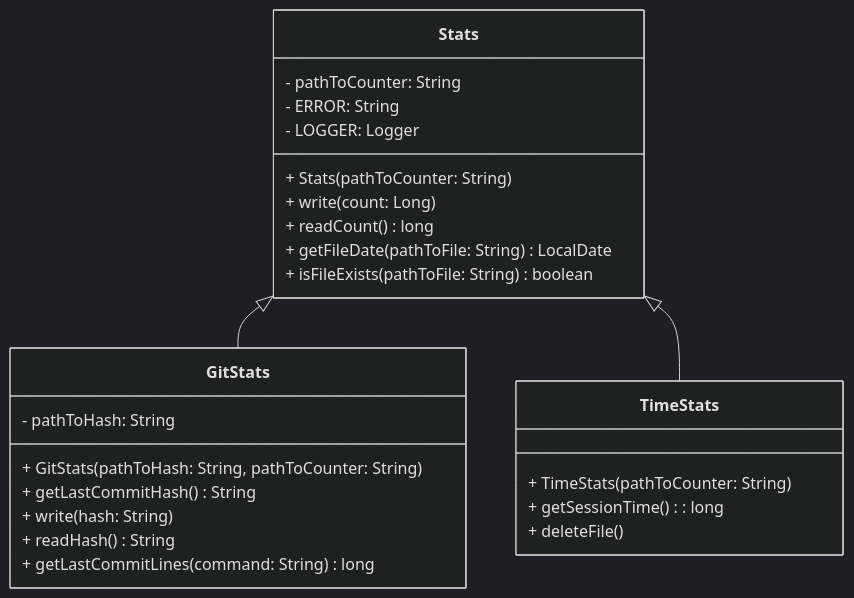
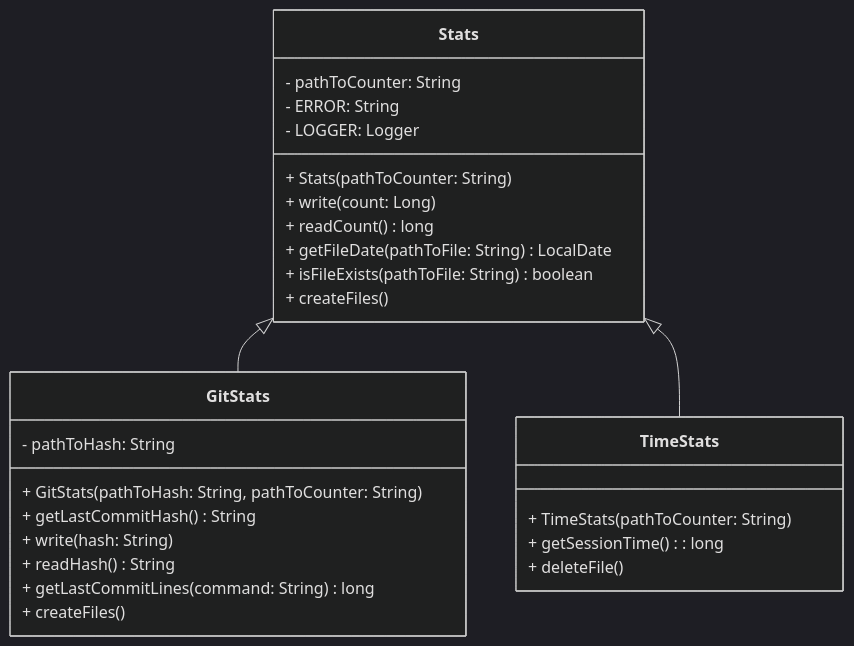
The third of 4 diagrams in vimstat/README.md (AlexandrAnatoliev/jvim-plugins), drawn with Mermaid (dark theme) before and after one commit. The commit also changed other lines of this file and 1 other file, not shown here.

Commit message:
docs(vimstat): update README
version 0.8.38

````diff
--- a/vimstat/README.md
+++ b/vimstat/README.md
@@ -390,32 +392,34 @@
 ```mermaid
 classDiagram
 
   class Stats {
     - pathToCounter: String 
     - ERROR: String 
     - LOGGER: Logger
     + Stats(pathToCounter: String)
     + write(count: Long )
     + readCount() long 
     + getFileDate(pathToFile: String) LocalDate
     + isFileExists(pathToFile: String) boolean 
+    + createFiles()
   }
 
   class GitStats {
     - pathToHash: String 
     + GitStats(pathToHash: String, pathToCounter: String)
     + getLastCommitHash() String 
     + write(hash: String) 
     + readHash() String
     + getLastCommitLines(command: String) long
+    + createFiles()
   }
 
   class TimeStats {
     + TimeStats(pathToCounter: String)
     + getSessionTime(): long 
     + deleteFile() 
   }
 
   Stats <|-- GitStats
   Stats <|-- TimeStats
 ```
````
